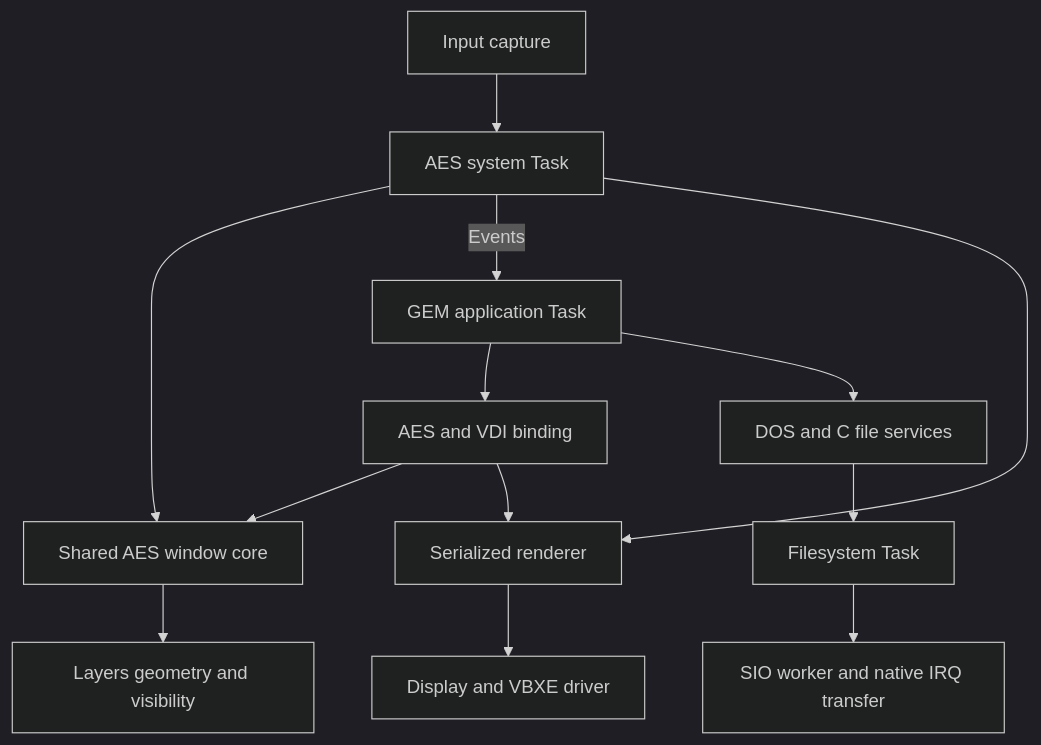
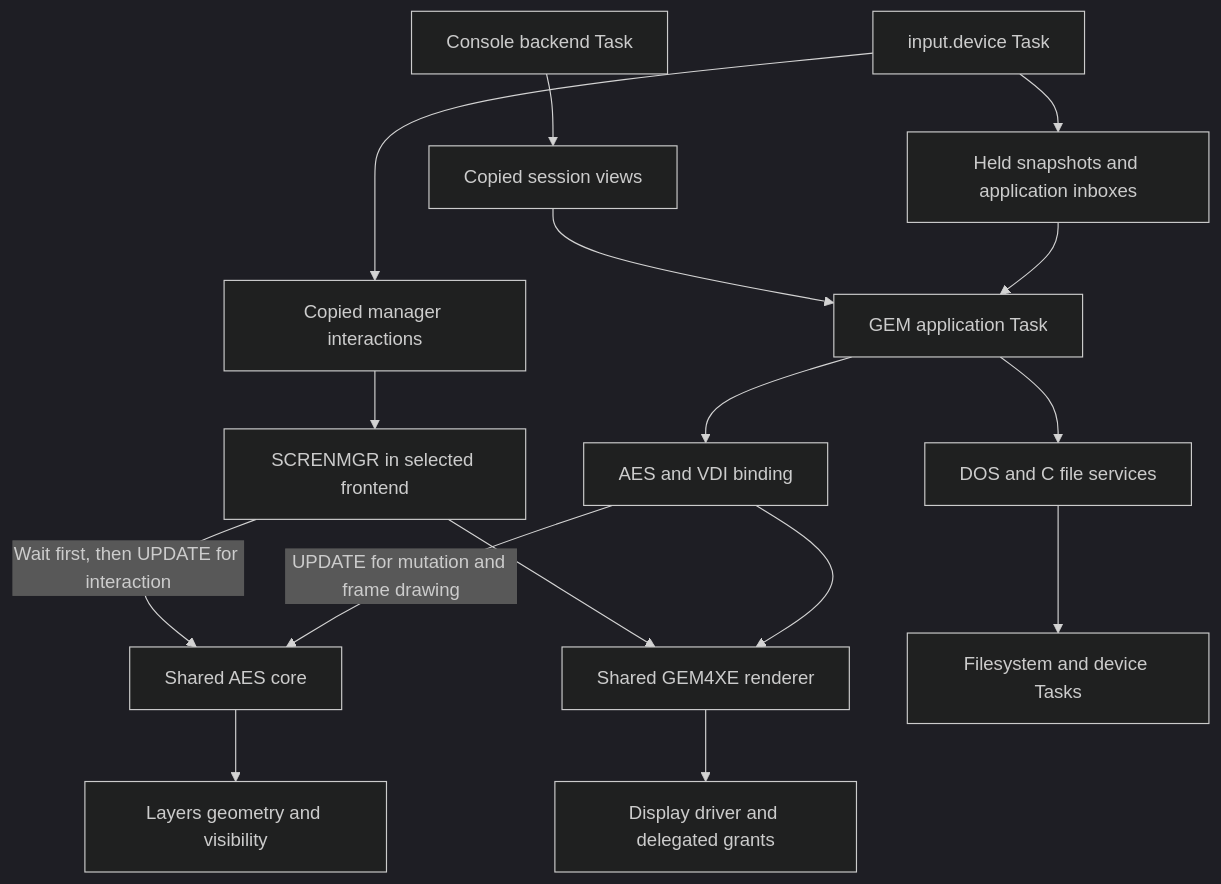
Before and after one commit to mkur/exec816: the diagram in docs/plans/gem4xe/gem-first-gui-design.md, drawn with Mermaid (dark theme). The commit also changed other lines of this file and 1 other file, not shown here.

Commit message:
Rebase SCRENMGR migration on independent input delivery

````diff
--- a/docs/plans/gem4xe/gem-first-gui-design.md
+++ b/docs/plans/gem4xe/gem-first-gui-design.md
@@ -85,15 +88,18 @@
 ```mermaid
 flowchart TD
     App[GEM application Task] --> Binding[AES and VDI binding]
-    Binding --> Core[Shared AES window core]
-    Input[Input capture] --> System[AES system Task]
-    System --> Core
-    System -->|Events| App
+    Binding -->|UPDATE for mutation and frame drawing| Core[Shared AES core]
+    Capture[input.device Task] --> Copied[Held snapshots and application inboxes]
+    Copied --> App
+    Capture --> Interaction[Copied manager interactions]
+    Interaction --> Manager[SCRENMGR in selected frontend]
+    Manager -->|Wait first, then UPDATE for interaction| Core
     Core --> Geometry[Layers geometry and visibility]
-    Binding --> Render[Serialized renderer]
-    System --> Render
-    Render --> Display[Display and VBXE driver]
+    Binding --> Render[Shared GEM4XE renderer]
+    Manager --> Render
+    Render --> Display[Display driver and delegated grants]
+    Backend[Console backend Task] --> Views[Copied session views]
+    Views --> App
     App --> DOS[DOS and C file services]
-    DOS --> FS[Filesystem Task]
-    FS --> SIO[SIO worker and native IRQ transfer]
+    DOS --> FS[Filesystem and device Tasks]
 ```
````
